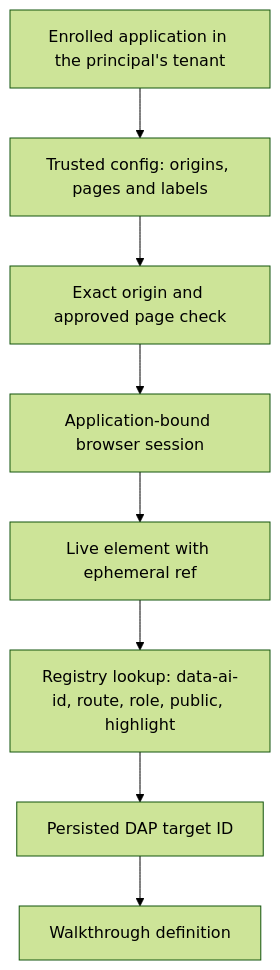
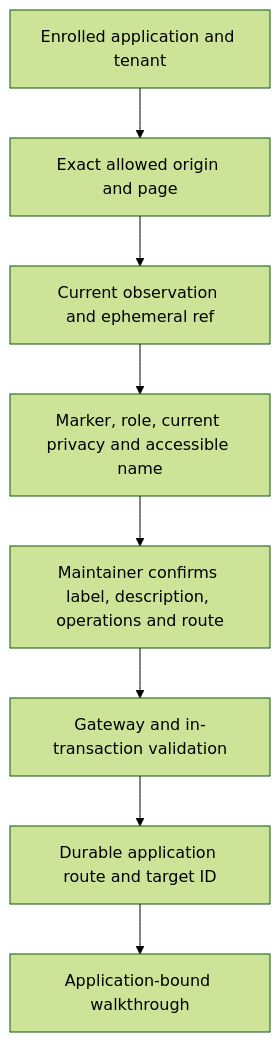
The second of 2 diagrams in docs/studio-v1.md (Ulmj7/Simplism-DAP-), drawn with Mermaid (forest theme) before and after one commit. The commit also changed other lines of this file and 2 other files, not shown here.

Commit message:
docs(studio): explain managed registries and the application embed

````diff
--- a/docs/studio-v1.md
+++ b/docs/studio-v1.md
@@ -66,10 +36,10 @@
 ```mermaid
 flowchart TB
-    Application["Enrolled application in the principal's tenant"] --> Config["Trusted config: origins, pages and labels"]
-    Config --> Origin["Exact origin and approved page check"]
-    Origin --> Session["Application-bound browser session"]
-    Session --> Element["Live element with ephemeral ref"]
-    Element --> Lookup["Registry lookup: data-ai-id, route, role, public, highlight"]
-    Lookup --> Target["Persisted DAP target ID"]
-    Target --> Definition["Walkthrough definition"]
+    App["Enrolled application and tenant"] --> Origin["Exact allowed origin and page"]
+    Origin --> Live["Current observation and ephemeral ref"]
+    Live --> Checks["Marker, role, current privacy and accessible name"]
+    Checks --> Form["Maintainer confirms label, description, operations and route"]
+    Form --> Gateway["Gateway and in-transaction validation"]
+    Gateway --> Registry["Durable application route and target ID"]
+    Registry --> Guide["Application-bound walkthrough"]
 ```
````
